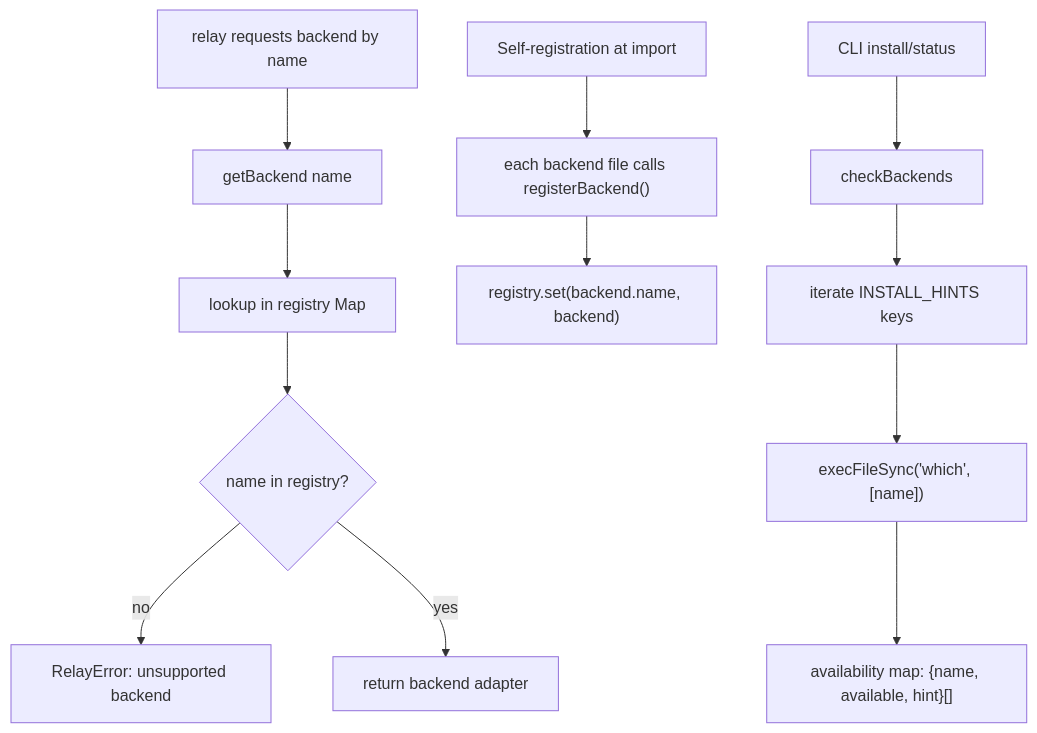
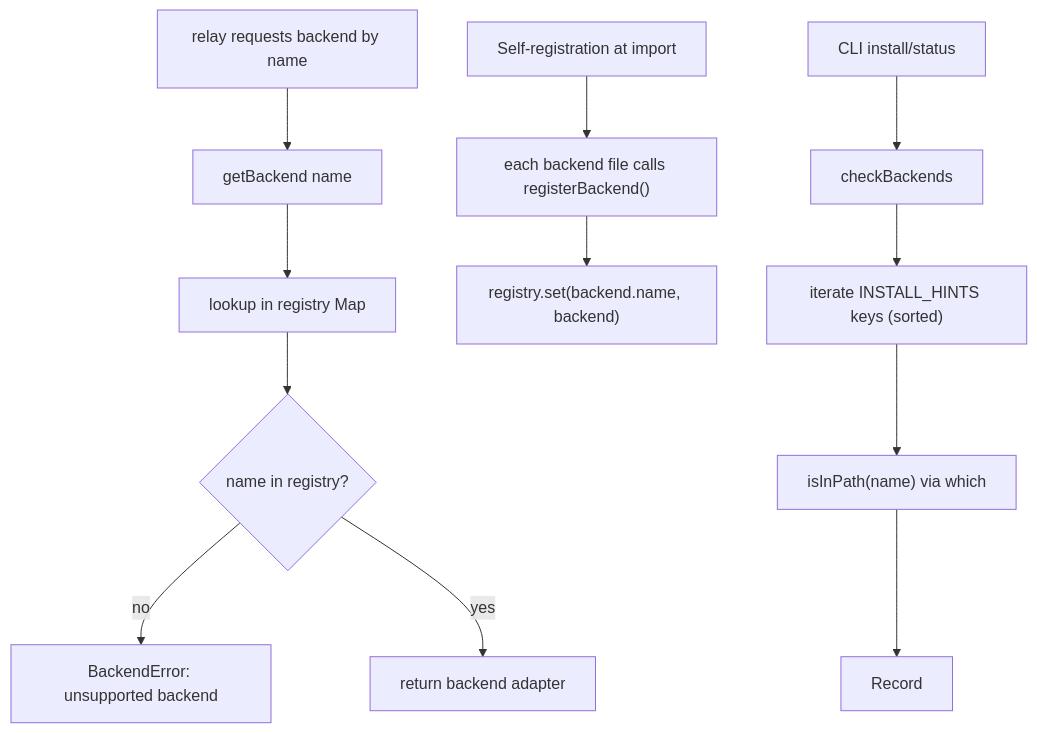
The second of 3 diagrams in architecture/02-backend-system.md (freibergergarcia/phone-a-friend), drawn with Mermaid before and after one commit. The commit also changed other lines of this file and 5 other files, not shown here.

First line of the commit message:
Update architecture docs and fix label-check race condition (#34)

````diff
--- a/architecture/02-backend-system.md
+++ b/architecture/02-backend-system.md
@@ -50,16 +69,16 @@
 ```mermaid
 flowchart TD
   A[relay requests backend by name] --> B[getBackend name]
   B --> C[lookup in registry Map]
   C --> D{name in registry?}
-  D -- no --> E[RelayError: unsupported backend]
+  D -- no --> E[BackendError: unsupported backend]
   D -- yes --> F[return backend adapter]
 
   G[Self-registration at import] --> H["each backend file calls registerBackend()"]
   H --> I["registry.set(backend.name, backend)"]
 
   J[CLI install/status] --> K[checkBackends]
-  K --> L["iterate INSTALL_HINTS keys"]
-  L --> M["execFileSync('which', [name])"]
-  M --> N["availability map: {name, available, hint}[]"]
+  K --> L["iterate INSTALL_HINTS keys (sorted)"]
+  L --> M["isInPath(name) via which"]
+  M --> N["Record<string, boolean>"]
 ```
````
